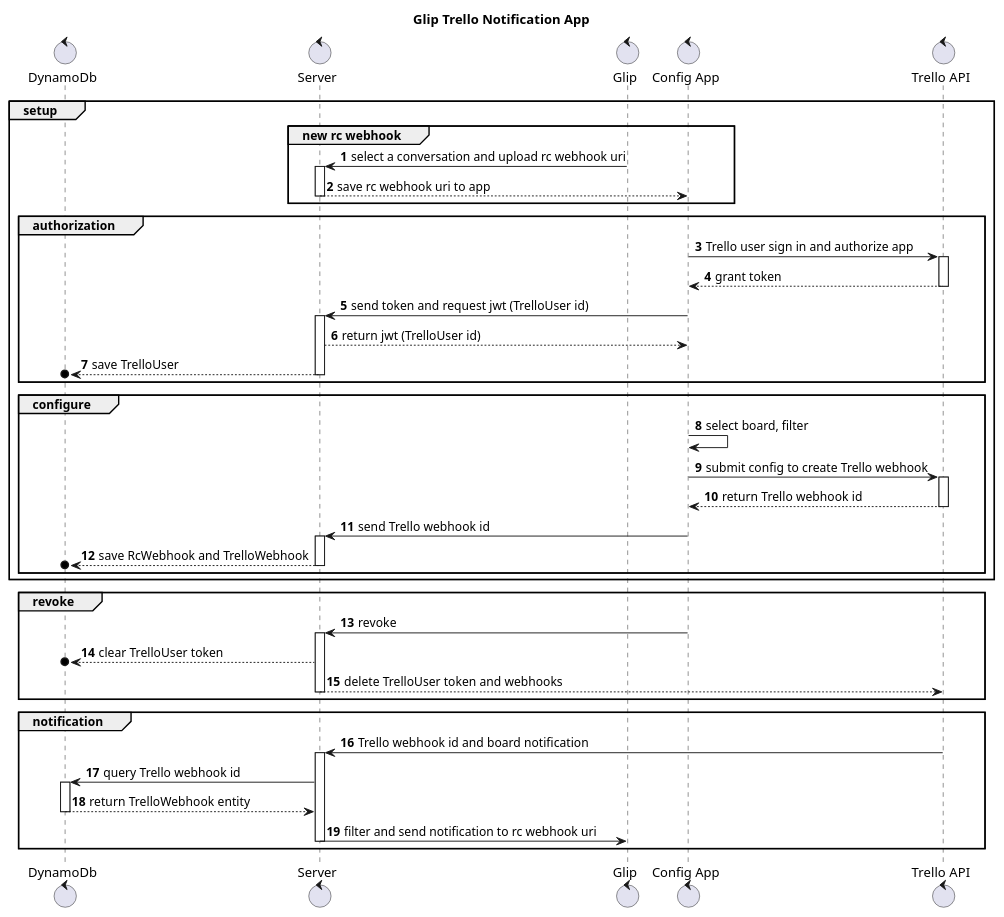
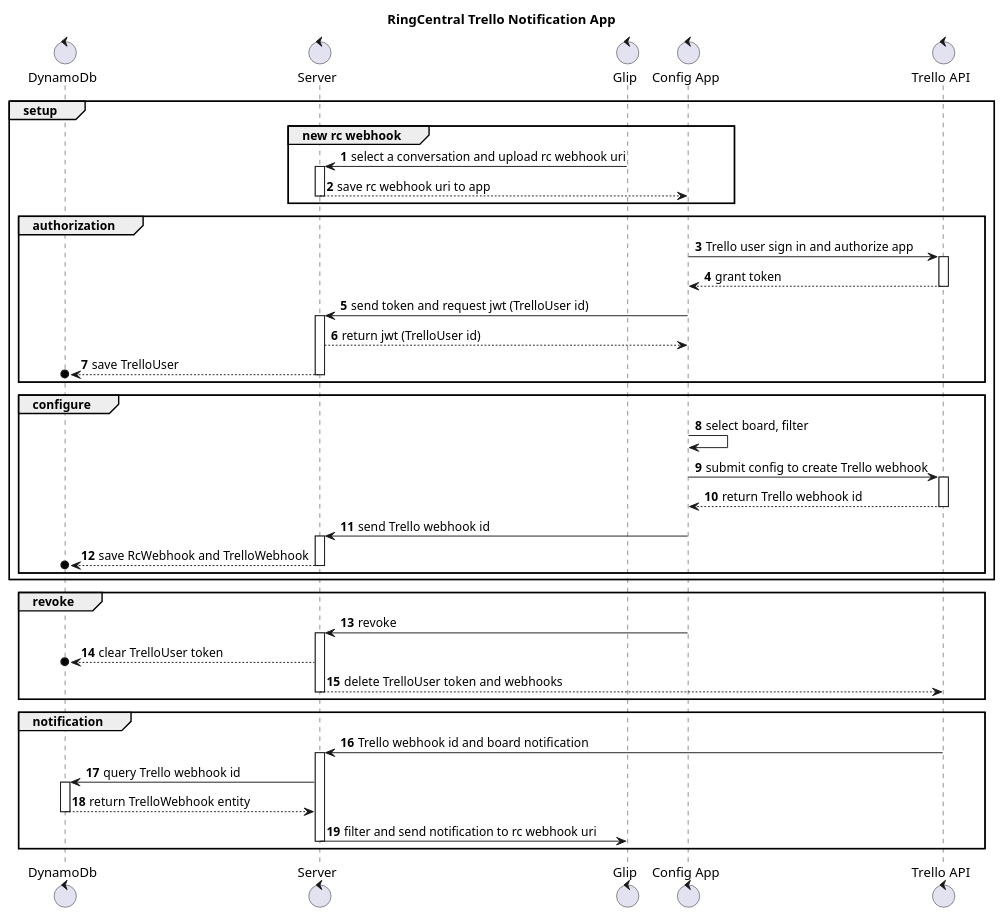
Before and after one commit to ringcentral/trello-notification-app: the diagram in appFlow.puml, drawn with PlantUML. The commit also changed 1 other file, not shown here.

```diff
--- a/appFlow.puml
+++ b/appFlow.puml
@@ -1,66 +1,66 @@
 @startuml
 
-title Glip Trello Notification App
+title RingCentral Trello Notification App
 
 autonumber
 
 control "DynamoDb" as DB
 control "Server" as SERVER
 control "Glip" as G
 control "Config App" as APP
 control "Trello API" as T
 
 group setup
 
     group new rc webhook
     G -> SERVER: select a conversation and upload rc webhook uri
     activate SERVER
     SERVER --> APP: save rc webhook uri to app
     deactivate SERVER
     end
 
     group authorization
     APP -> T: Trello user sign in and authorize app
     activate T
     T --> APP: grant token
     deactivate T
     APP -> SERVER: send token and request jwt (TrelloUser id)
     activate SERVER
     SERVER --> APP: return jwt (TrelloUser id)
     SERVER -->o DB: save TrelloUser
     deactivate SERVER
     end
 
     group configure
     APP -> APP: select board, filter
     APP -> T: submit config to create Trello webhook
     activate T
     T --> APP: return Trello webhook id
     deactivate T
     APP -> SERVER: send Trello webhook id
     activate SERVER
     SERVER -->o DB: save RcWebhook and TrelloWebhook
     deactivate SERVER
     end
 end
 
 group revoke
     APP -> SERVER: revoke
     activate SERVER
     SERVER -->o DB: clear TrelloUser token
     SERVER --> T: delete TrelloUser token and webhooks
     deactivate SERVER
 end
 
 group notification
     T -> SERVER: Trello webhook id and board notification
     activate SERVER
     SERVER -> DB: query Trello webhook id
     activate DB
     DB --> SERVER: return TrelloWebhook entity
     deactivate DB
     SERVER -> G: filter and send notification to rc webhook uri
     deactivate SERVER
 end
 
 @enduml
```
